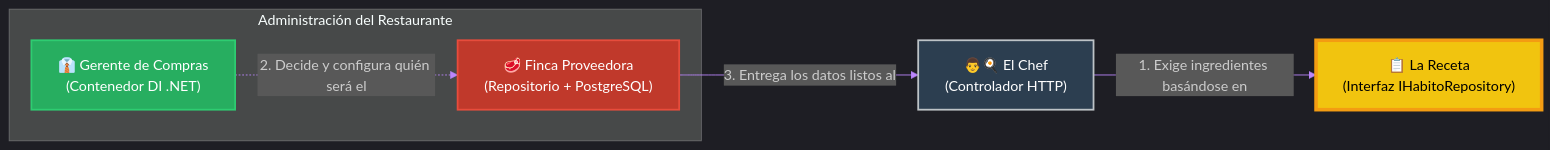
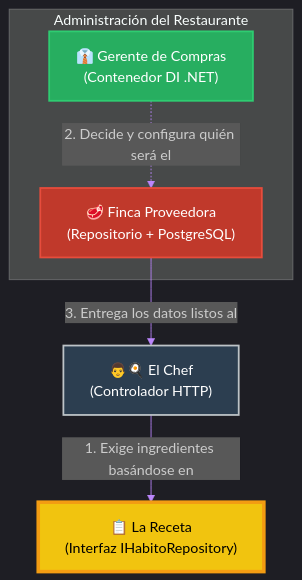
One commit to ConsSorto/ConsSorto.github.io changed the first of 2 diagrams in is-912/fase-1/5.md. Above: the diagram before and after it, drawn with Mermaid.

Commit message:
style: Change diagram orientation from LR to TD in clase 5 to improve readability

````diff
--- a/is-912/fase-1/5.md
+++ b/is-912/fase-1/5.md
@@ -32,23 +32,23 @@
 ```mermaid
 %%{init: {'theme': 'dark', 'themeVariables': { 'lineColor': '#BB86FC', 'primaryColor': '#3700B3', 'nodeBorder': '#03DAC6' }}}%%
-graph LR
+graph TD
     %% Definición de Nodos con sintaxis segura
     Chef["👨🍳 El Chef <br/> (Controlador HTTP)"]
     Contrato["📋 La Receta <br/> (Interfaz IHabitoRepository)"]
     
     subgraph Administracion ["Administración del Restaurante"]
         Gerente["👔 Gerente de Compras <br/> (Contenedor DI .NET)"]
         Proveedor["🥩 Finca Proveedora <br/> (Repositorio + PostgreSQL)"]
     end
 
     %% Relaciones
     Chef -->|"1. Exige ingredientes basándose en"| Contrato
     Gerente -.->|"2. Decide y configura quién será el"| Proveedor
     Proveedor -->|"3. Entrega los datos listos al"| Chef
 
     %% Estilos para el aula
     style Chef fill:#2C3E50,stroke:#bdc3c7,stroke-width:2px,color:#fff
     style Contrato fill:#F1C40F,stroke:#f39c12,stroke-width:4px,color:#000
     style Gerente fill:#27AE60,stroke:#2ecc71,stroke-width:2px,color:#fff
     style Proveedor fill:#C0392B,stroke:#e74c3c,stroke-width:2px,color:#fff
 ```
````
